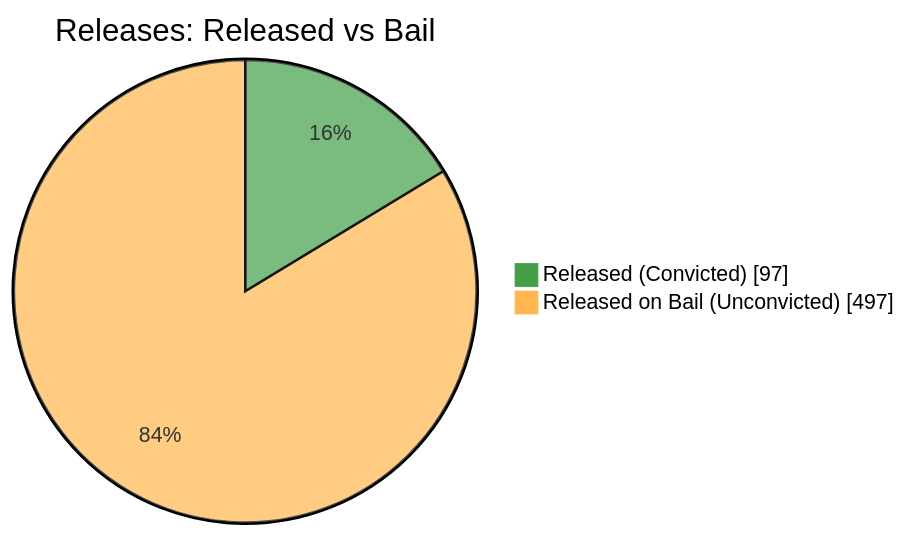
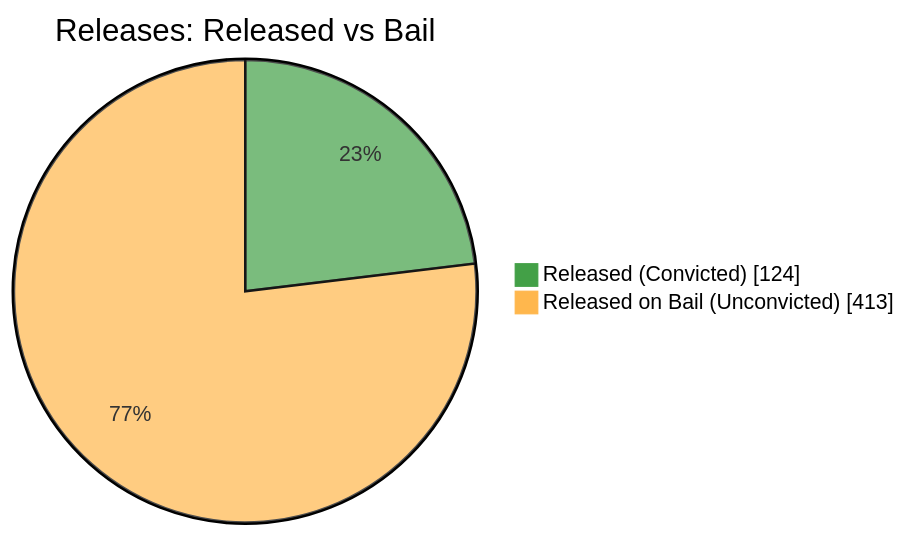
One commit to nuuuwan/lk_prisons changed the fifth of 7 diagrams in README.md. Above: the diagram before and after it, drawn with Mermaid. The commit also changed other lines of this file and 1 other file, not shown here.

````diff
--- a/README.md
+++ b/README.md
@@ -87,6 +87,6 @@
 ```mermaid
 %%{init: {'themeVariables': {'pie1': '#43A047', 'pie2': '#FFB74D'}}}%%
 pie showData title Releases: Released vs Bail
-    "Released (Convicted)" : 97
-    "Released on Bail (Unconvicted)" : 497
+    "Released (Convicted)" : 124
+    "Released on Bail (Unconvicted)" : 413
 ```
````
